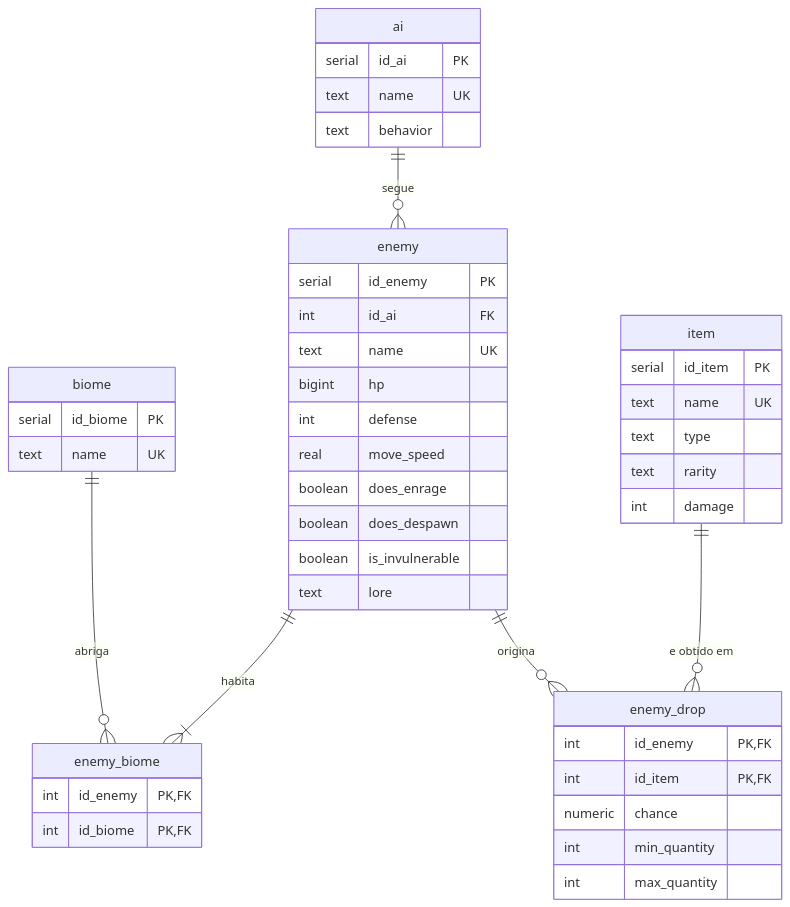
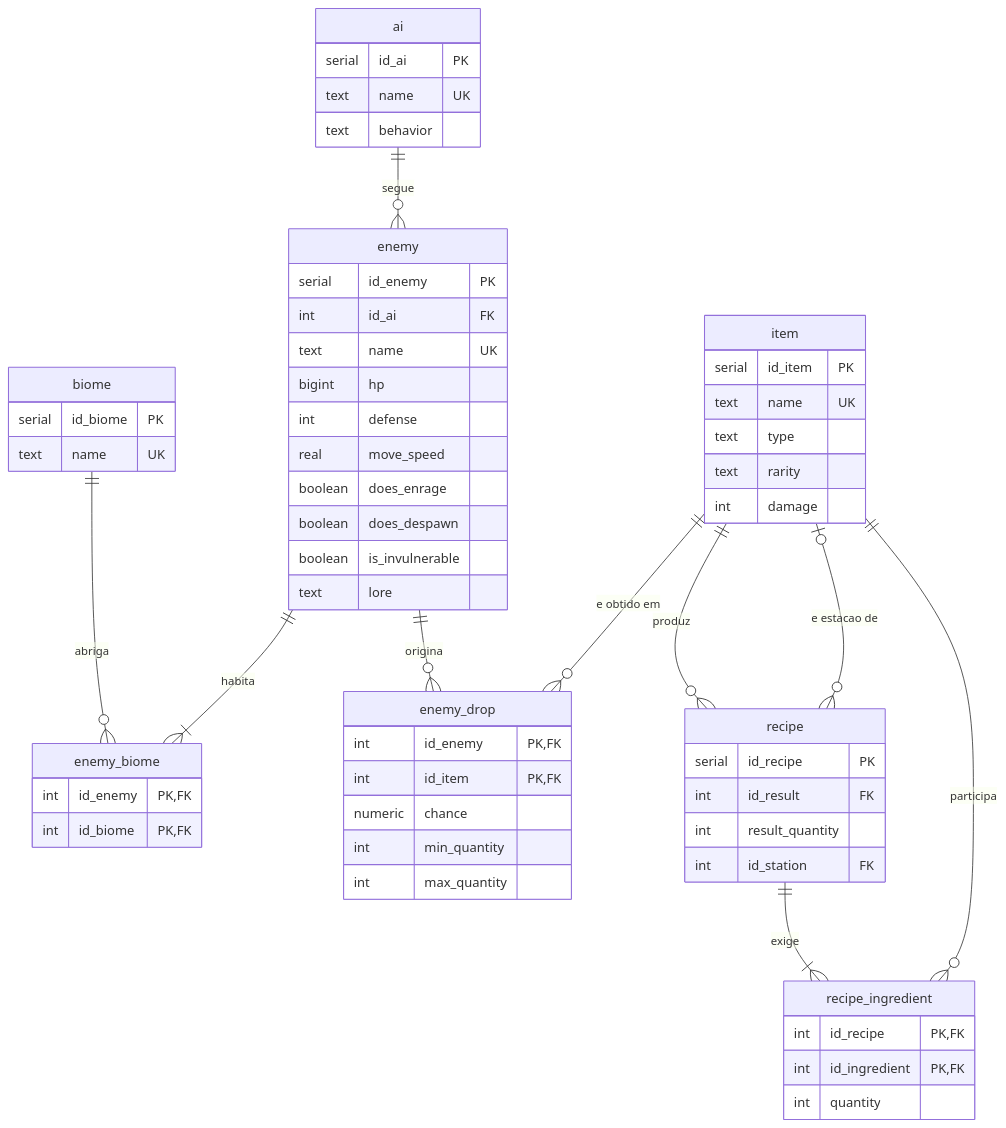
One commit to iruziky/terraria_bd changed the diagram in docs/iteracao2/der.md. Above: the diagram before and after it, drawn with Mermaid.

Commit message:
adiciona receitas e ingredientes ao der

````diff
--- a/docs/iteracao2/der.md
+++ b/docs/iteracao2/der.md
@@ -5,47 +5,62 @@
 ```mermaid
 erDiagram
     biome {
         serial id_biome PK
         text name UK
     }
     ai {
         serial id_ai PK
         text name UK
         text behavior
     }
     enemy {
         serial id_enemy PK
         int id_ai FK
         text name UK
         bigint hp
         int defense
         real move_speed
         boolean does_enrage
         boolean does_despawn
         boolean is_invulnerable
         text lore
     }
     enemy_biome {
         int id_enemy PK,FK
         int id_biome PK,FK
     }
     ai ||--o{ enemy : "segue"
     enemy ||--|{ enemy_biome : "habita"
     biome ||--o{ enemy_biome : "abriga"
     item {
         serial id_item PK
         text name UK
         text type
         text rarity
         int damage
     }
     enemy_drop {
         int id_enemy PK,FK
         int id_item PK,FK
         numeric chance
         int min_quantity
         int max_quantity
     }
     enemy ||--o{ enemy_drop : "origina"
     item ||--o{ enemy_drop : "e obtido em"
+    recipe {
+        serial id_recipe PK
+        int id_result FK
+        int result_quantity
+        int id_station FK
+    }
+    recipe_ingredient {
+        int id_recipe PK,FK
+        int id_ingredient PK,FK
+        int quantity
+    }
+    item ||--o{ recipe : "produz"
+    item |o--o{ recipe : "e estacao de"
+    recipe ||--|{ recipe_ingredient : "exige"
+    item ||--o{ recipe_ingredient : "participa"
 ```
````
